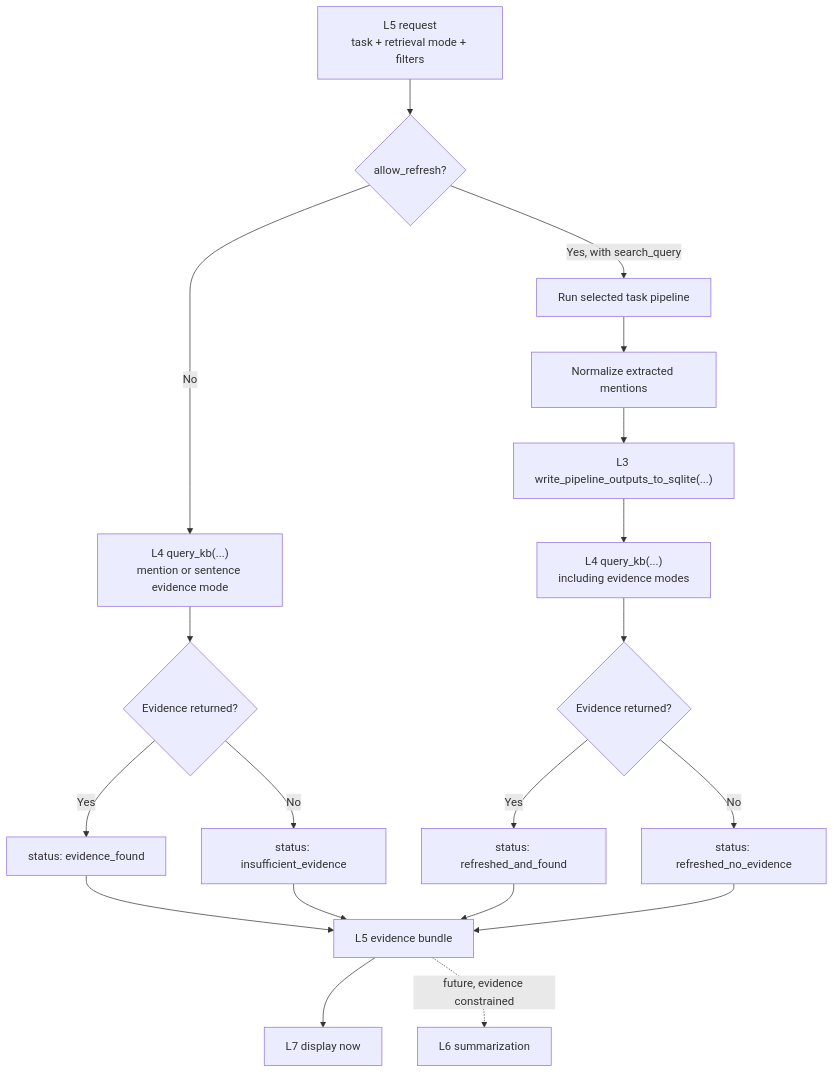
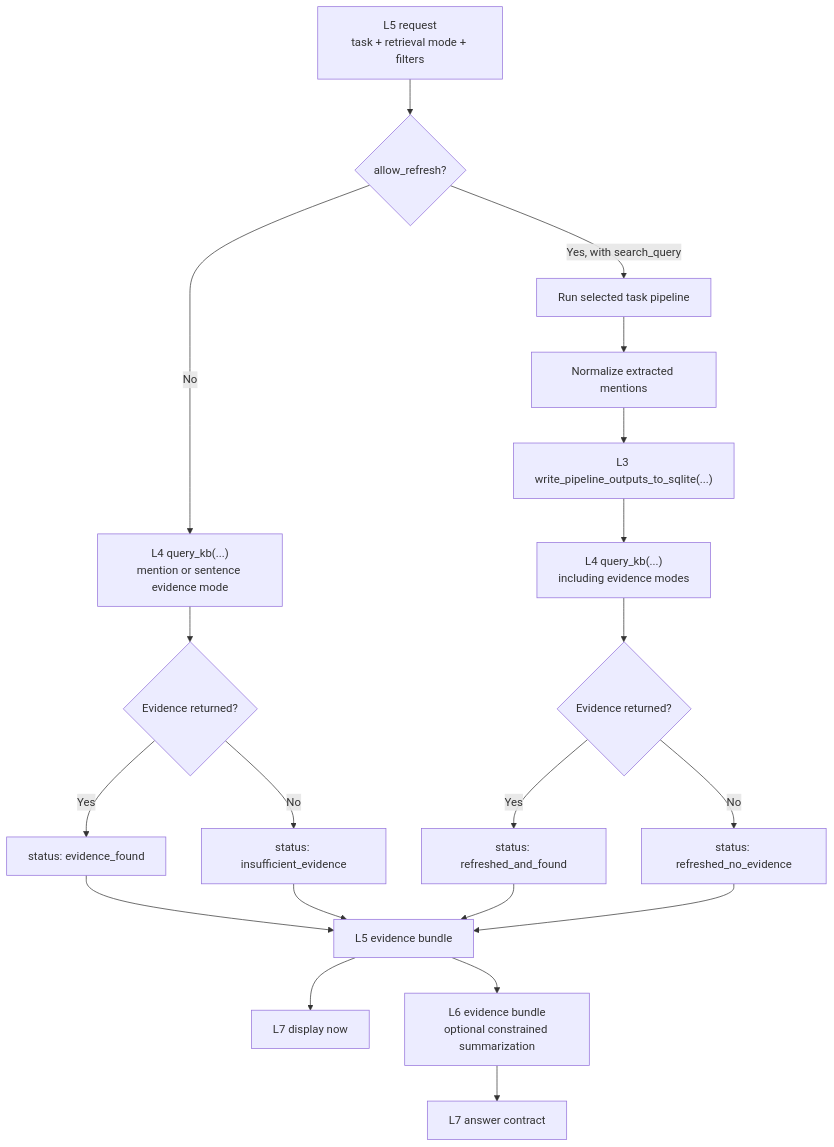
Before and after one commit to Yi104/biomedical_literature_intelligence_engine: the third of 5 diagrams in doc/end_to_end_data_flow.md, drawn with Mermaid. The commit also changed other lines of this file and 5 other files, not shown here.

````diff
--- a/doc/end_to_end_data_flow.md
+++ b/doc/end_to_end_data_flow.md
@@ -156,23 +160,24 @@
 ```mermaid
 flowchart TD
     A["L5 request<br/>task + retrieval mode + filters"] --> B{"allow_refresh?"}
     B -->|No| C["L4 query_kb(...)<br/>mention or sentence evidence mode"]
     C --> D{"Evidence returned?"}
     D -->|Yes| E["status: evidence_found"]
     D -->|No| F["status: insufficient_evidence"]
 
     B -->|Yes, with search_query| G["Run selected task pipeline"]
     G --> H["Normalize extracted mentions"]
     H --> I["L3 write_pipeline_outputs_to_sqlite(...)"]
     I --> J["L4 query_kb(...)<br/>including evidence modes"]
     J --> K{"Evidence returned?"}
     K -->|Yes| L["status: refreshed_and_found"]
     K -->|No| M["status: refreshed_no_evidence"]
 
     E --> N["L5 evidence bundle"]
     F --> N
     L --> N
     M --> N
     N --> O["L7 display now"]
-    N -. "future, evidence constrained" .-> P["L6 summarization"]
+    N --> P["L6 evidence bundle<br/>optional constrained summarization"]
+    P --> Q["L7 answer contract"]
 ```
````
